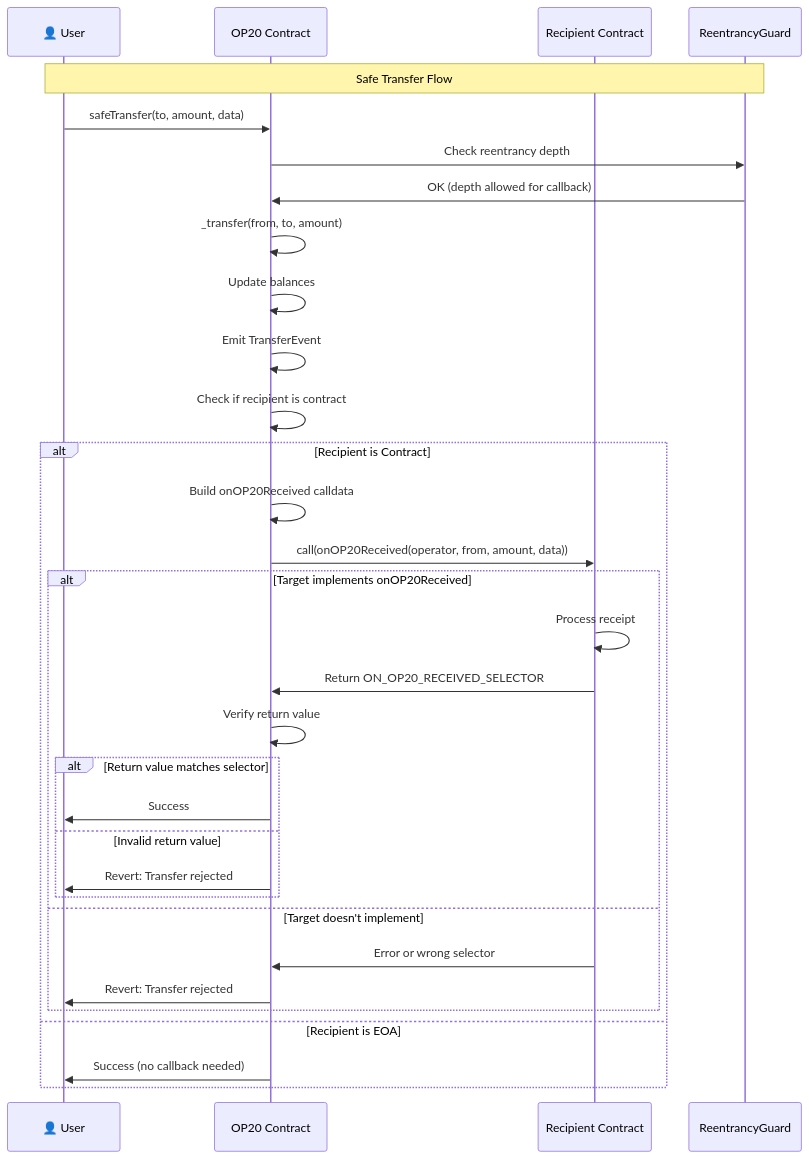
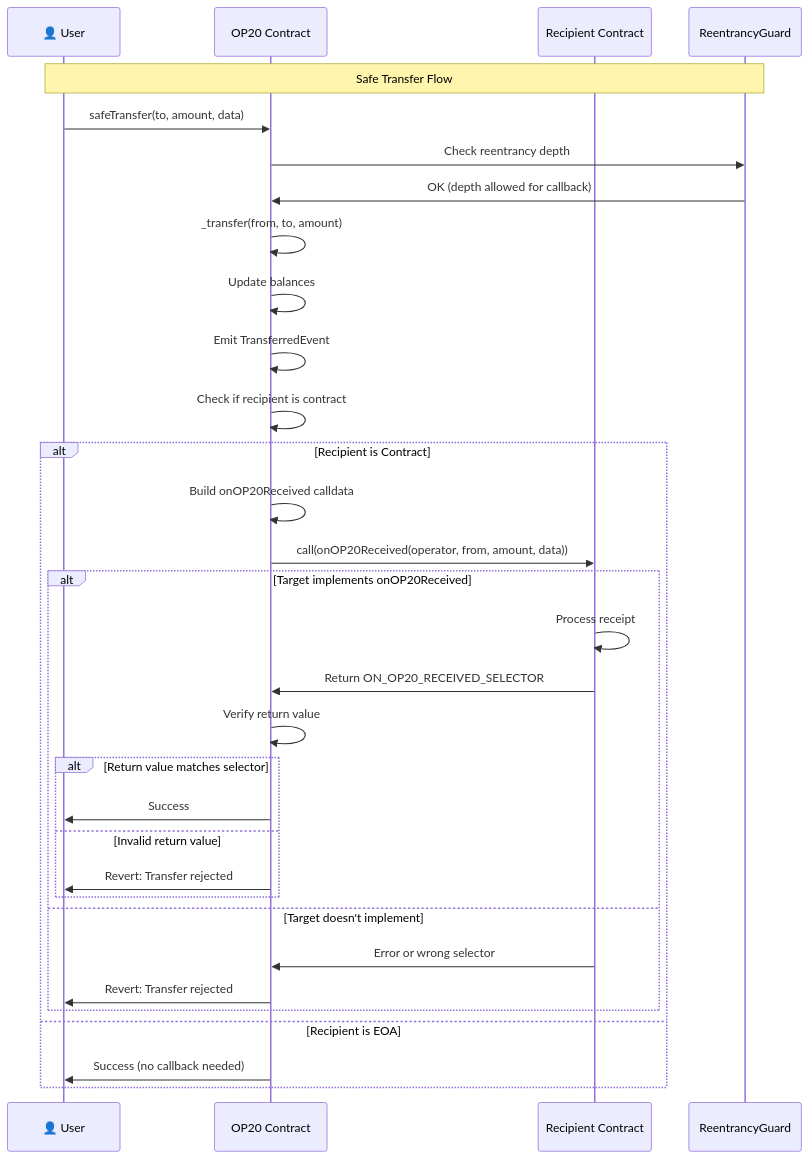
Before and after one commit to btc-vision/btc-runtime: the sixth of 6 diagrams in docs/api-reference/op20.md, drawn with Mermaid. The commit also changed other lines of this file and 30 other files, not shown here.

````diff
--- a/docs/api-reference/op20.md
+++ b/docs/api-reference/op20.md
@@ -525,40 +685,40 @@
 ```mermaid
 sequenceDiagram
     participant User as 👤 User
     participant Token as OP20 Contract
     participant Target as Recipient Contract
     participant Guard as ReentrancyGuard
 
     Note over User,Guard: Safe Transfer Flow
 
     User->>Token: safeTransfer(to, amount, data)
     Token->>Guard: Check reentrancy depth
     Guard->>Token: OK (depth allowed for callback)
 
     Token->>Token: _transfer(from, to, amount)
     Token->>Token: Update balances
-    Token->>Token: Emit TransferEvent
+    Token->>Token: Emit TransferredEvent
 
     Token->>Token: Check if recipient is contract
     alt Recipient is Contract
         Token->>Token: Build onOP20Received calldata
         Token->>Target: call(onOP20Received(operator, from, amount, data))
 
         alt Target implements onOP20Received
             Target->>Target: Process receipt
             Target->>Token: Return ON_OP20_RECEIVED_SELECTOR
 
             Token->>Token: Verify return value
             alt Return value matches selector
                 Token->>User: Success
             else Invalid return value
                 Token->>User: Revert: Transfer rejected
             end
         else Target doesn't implement
             Target->>Token: Error or wrong selector
             Token->>User: Revert: Transfer rejected
         end
     else Recipient is EOA
         Token->>User: Success (no callback needed)
     end
 ```
````
